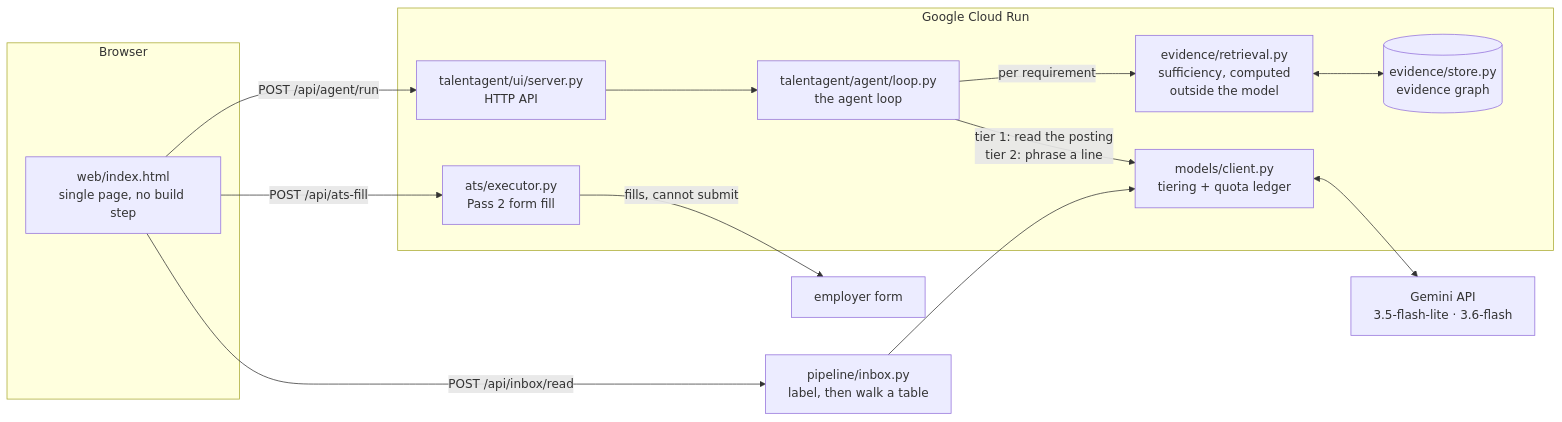
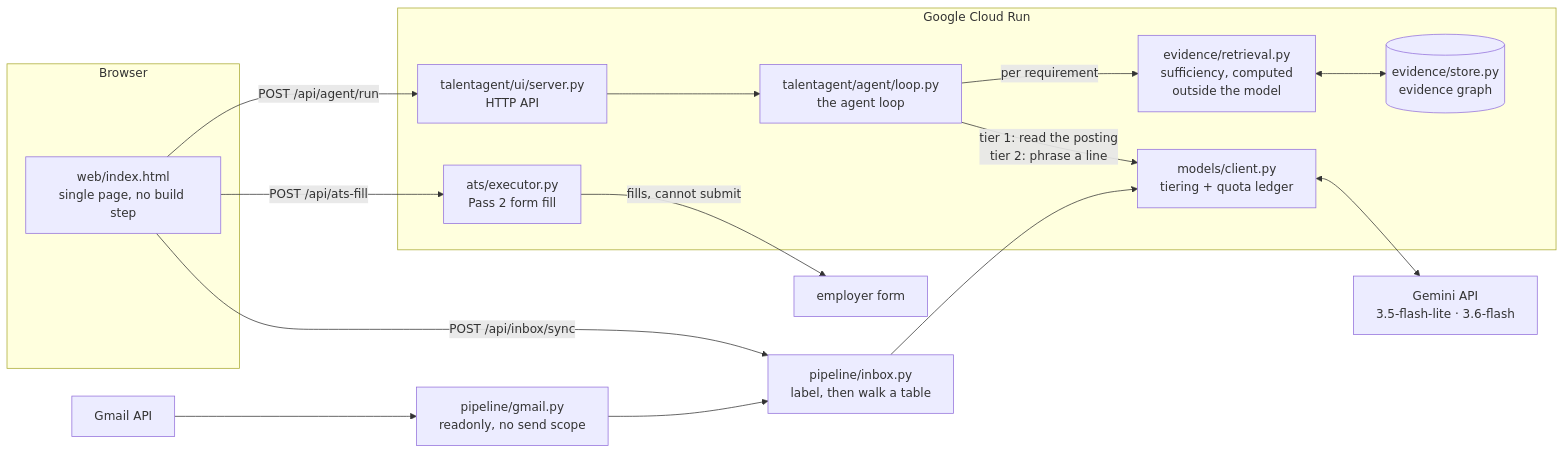
Before and after one commit to sid-ak/TalentAgent: the diagram in README.md, drawn with Mermaid. The commit also changed other lines of this file and 11 other files, not shown here.

First line of the commit message:
#25-0: Connected Gmail, so the inbox reads itself instead of being pasted in.

````diff
--- a/README.md
+++ b/README.md
@@ -30,28 +30,30 @@
 ```mermaid
 flowchart LR
     subgraph Browser
         UI["web/index.html<br/>single page, no build step"]
     end
 
     subgraph CloudRun["Google Cloud Run"]
         API["talentagent/ui/server.py<br/>HTTP API"]
         LOOP["talentagent/agent/loop.py<br/>the agent loop"]
         RET["evidence/retrieval.py<br/>sufficiency, computed<br/>outside the model"]
         STORE[("evidence/store.py<br/>evidence graph")]
         ATS["ats/executor.py<br/>Pass 2 form fill"]
         MC["models/client.py<br/>tiering + quota ledger"]
     end
 
     GEM["Gemini API<br/>3.5-flash-lite · 3.6-flash"]
 
     UI -->|"POST /api/agent/run"| API
     API --> LOOP
     LOOP -->|"per requirement"| RET
     RET <--> STORE
     LOOP -->|"tier 1: read the posting<br/>tier 2: phrase a line"| MC
     MC <--> GEM
     UI -->|"POST /api/ats-fill"| ATS
     ATS -->|"fills, cannot submit"| FORM["employer form"]
-    UI -->|"POST /api/inbox/read"| INBOX["pipeline/inbox.py<br/>label, then walk a table"]
+    UI -->|"POST /api/inbox/sync"| INBOX["pipeline/inbox.py<br/>label, then walk a table"]
     INBOX --> MC
+    GM["pipeline/gmail.py<br/>readonly, no send scope"] --> INBOX
+    MAIL["Gmail API"] --> GM
 ```
````
